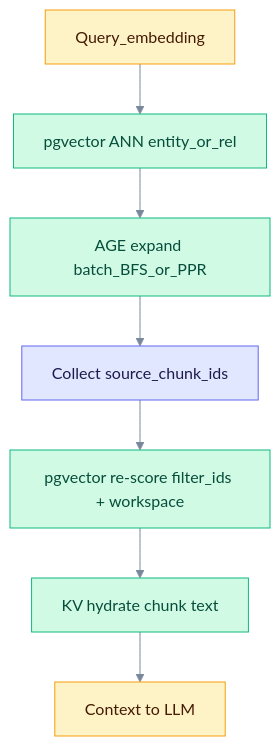
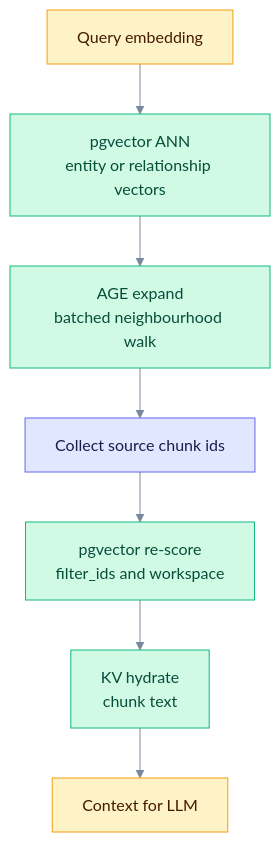
One commit to raphaelmansuy/edgequake changed the sixth of 7 diagrams in docs/deep-dives/data-layer.md. Above: the diagram before and after it, drawn with Mermaid. The commit also changed other lines of this file and 194 other files, not shown here.

First line of the commit message:
Refresh docs against code and rebuild schema E/R as progressive steps

````diff
--- a/docs/deep-dives/data-layer.md
+++ b/docs/deep-dives/data-layer.md
@@ -582,18 +461,18 @@
 ```mermaid
 %%{init: {"theme":"base","themeVariables":{"primaryColor":"#E0E7FF","primaryBorderColor":"#6366F1","primaryTextColor":"#1E1B4B","secondaryColor":"#D1FAE5","secondaryBorderColor":"#10B981","secondaryTextColor":"#064E3B","tertiaryColor":"#FEF3C7","tertiaryBorderColor":"#F59E0B","tertiaryTextColor":"#6B7A90","lineColor":"#7A889C","clusterBkg":"rgba(99,102,241,0.07)","clusterBorder":"#A5B4FC","noteBkgColor":"#FEF9C3","noteTextColor":"#422006","textColor":"#6B7A90","titleColor":"#6B7A90","signalColor":"#7A889C","signalTextColor":"#6B7A90","loopTextColor":"#6B7A90","edgeLabelBackground":"#F1F5F9","actorLineColor":"#94A3B8"}}}%%
 %% eq-theme:v1
 flowchart TB
-  qEmb[Query_embedding]
-  ann["pgvector ANN entity_or_rel"]
-  expand["AGE expand batch_BFS_or_PPR"]
-  ids["Collect source_chunk_ids"]
-  rescore["pgvector re-score filter_ids + workspace"]
-  hydrate["KV hydrate chunk text"]
-  ctx["Context to LLM"]
+  qEmb["Query embedding"]
+  ann["pgvector ANN<br/>entity or relationship vectors"]
+  expand["AGE expand<br/>batched neighbourhood walk"]
+  ids["Collect source chunk ids"]
+  rescore["pgvector re-score<br/>filter_ids and workspace"]
+  hydrate["KV hydrate<br/>chunk text"]
+  ctx["Context for LLM"]
   qEmb --> ann --> expand --> ids --> rescore --> hydrate --> ctx
 %% eq-classes
 classDef eqLlm fill:#FEF3C7,stroke:#F59E0B,color:#451A03
 classDef eqStore fill:#D1FAE5,stroke:#10B981,color:#064E3B
 class qEmb,ctx eqLlm
 class ann,expand,rescore,hydrate eqStore
 ```
````
